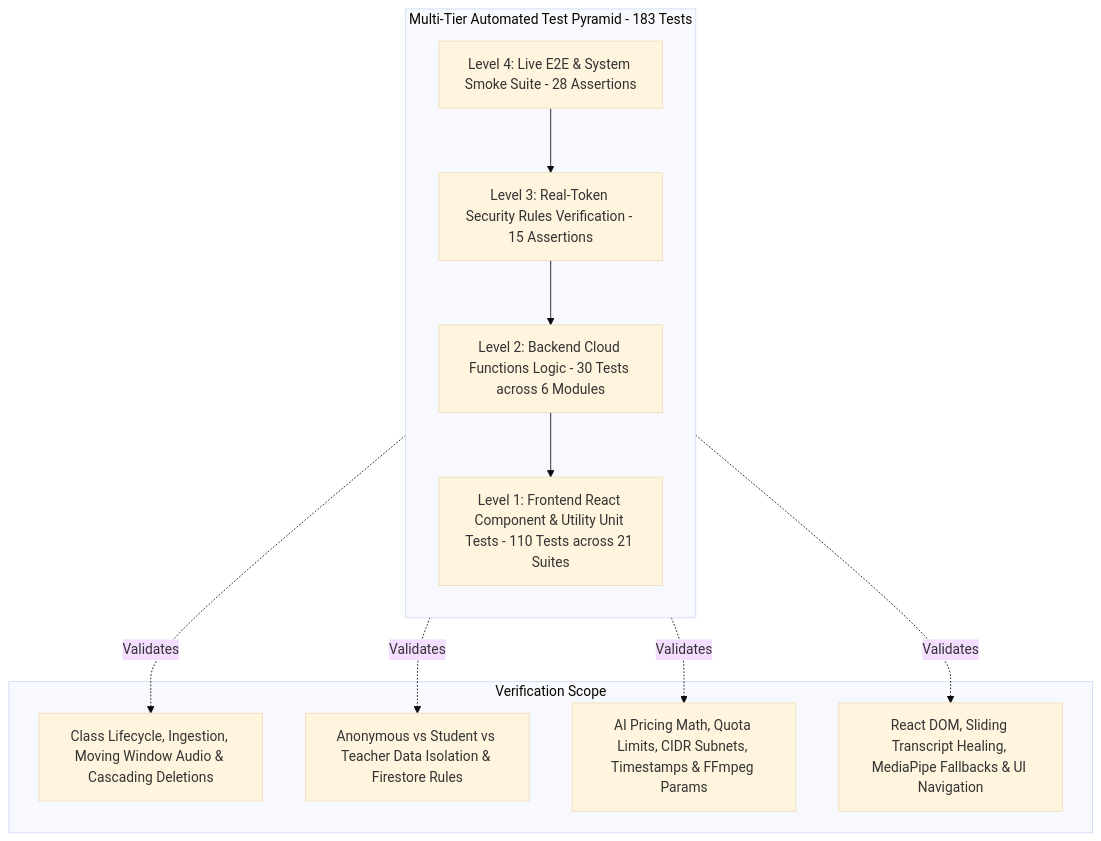
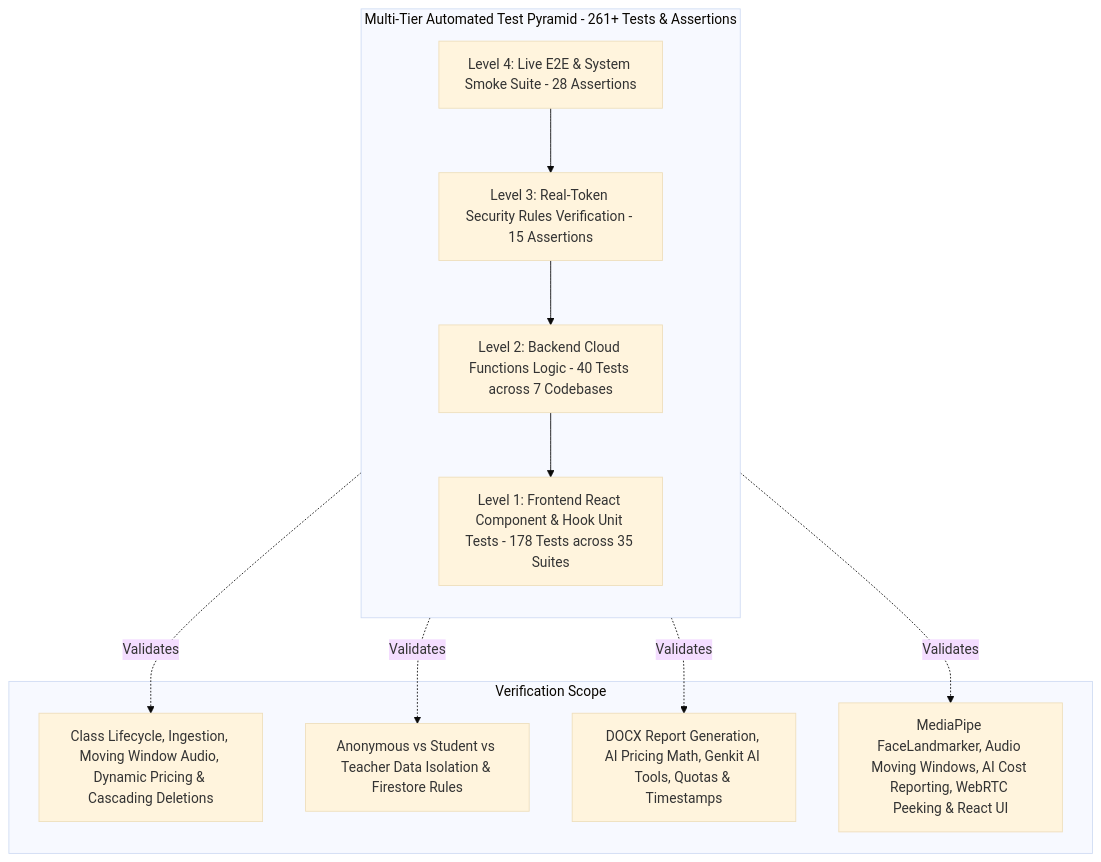
One commit to wongcyrus/Gemini-AI-Classroom-Assistant changed the diagram in docs/testing-strategy-and-coverage.md. Above: the diagram before and after it, drawn with Mermaid (base theme). The commit also changed other lines of this file and 53 other files, not shown here.

First line of the commit message:
feat(ai-accounting,dossier,webrtc): implement AI cost breakdown report, incident dossier export, and WebRTC live peek

````diff
--- a/docs/testing-strategy-and-coverage.md
+++ b/docs/testing-strategy-and-coverage.md
@@ -11,19 +11,19 @@
 ```mermaid
 flowchart TD
-    subgraph Pyramid [Multi-Tier Automated Test Pyramid - 183 Tests]
+    subgraph Pyramid [Multi-Tier Automated Test Pyramid - 261+ Tests & Assertions]
         direction TB
         L4[Level 4: Live E2E & System Smoke Suite - 28 Assertions]
         L3[Level 3: Real-Token Security Rules Verification - 15 Assertions]
-        L2[Level 2: Backend Cloud Functions Logic - 30 Tests across 6 Modules]
-        L1[Level 1: Frontend React Component & Utility Unit Tests - 110 Tests across 21 Suites]
+        L2[Level 2: Backend Cloud Functions Logic - 40 Tests across 7 Codebases]
+        L1[Level 1: Frontend React Component & Hook Unit Tests - 178 Tests across 35 Suites]
         
         L4 --> L3 --> L2 --> L1
     end
 
     subgraph Details [Verification Scope]
-        L4 -.->|Validates| D4[Class Lifecycle, Ingestion, Moving Window Audio & Cascading Deletions]
+        L4 -.->|Validates| D4[Class Lifecycle, Ingestion, Moving Window Audio, Dynamic Pricing & Cascading Deletions]
         L3 -.->|Validates| D3[Anonymous vs Student vs Teacher Data Isolation & Firestore Rules]
-        L2 -.->|Validates| D2[AI Pricing Math, Quota Limits, CIDR Subnets, Timestamps & FFmpeg Params]
-        L1 -.->|Validates| D1[React DOM, Sliding Transcript Healing, MediaPipe Fallbacks & UI Navigation]
+        L2 -.->|Validates| D2[DOCX Report Generation, AI Pricing Math, Genkit AI Tools, Quotas & Timestamps]
+        L1 -.->|Validates| D1[MediaPipe FaceLandmarker, Audio Moving Windows, AI Cost Reporting, WebRTC Peeking & React UI]
     end
 ```
````
